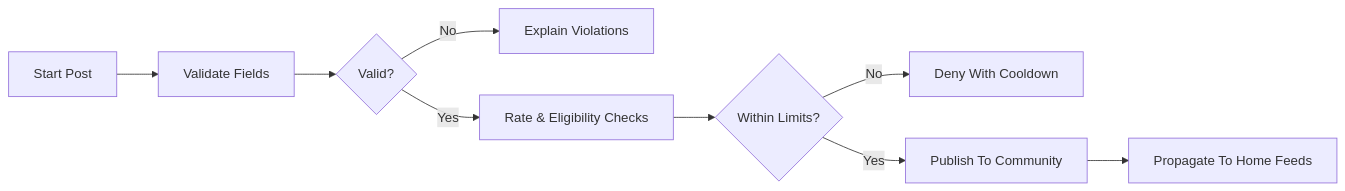
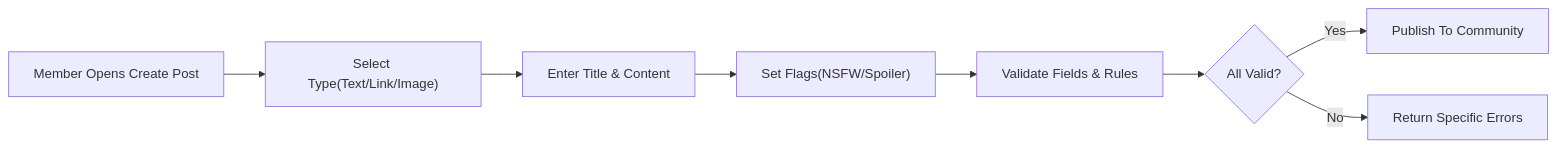
The second of 7 diagrams in openai/gpt-5/reddit/docs/analysis/01-communityPlatform-service-overview.md (wrtnlabs/autobe-examples), drawn with Mermaid before and after one commit. The commit also changed other lines of this file and 16146 other files, not shown here.

````diff
--- a/openai/gpt-5/reddit/docs/analysis/01-communityPlatform-service-overview.md
+++ b/openai/gpt-5/reddit/docs/analysis/01-communityPlatform-service-overview.md
@@ -183,11 +84,10 @@
 ```mermaid
 graph LR
-  A["Start Post"] --> B["Validate Fields"]
-  B --> C{"Valid?"}
-  C -->|"No"| D["Explain Violations"]
-  C -->|"Yes"| E["Rate & Eligibility Checks"]
-  E --> F{"Within Limits?"}
-  F -->|"No"| G["Deny With Cooldown"]
-  F -->|"Yes"| H["Publish To Community"]
-  H --> I["Propagate To Home Feeds"]
+  A["Member Opens Create Post"] --> B["Select Type(Text/Link/Image)"]
+  B --> C["Enter Title & Content"]
+  C --> D["Set Flags(NSFW/Spoiler)"]
+  D --> E["Validate Fields & Rules"]
+  E --> F{"All Valid?"}
+  F -->|"Yes"| G["Publish To Community"]
+  F -->|"No"| H["Return Specific Errors"]
 ```
````
